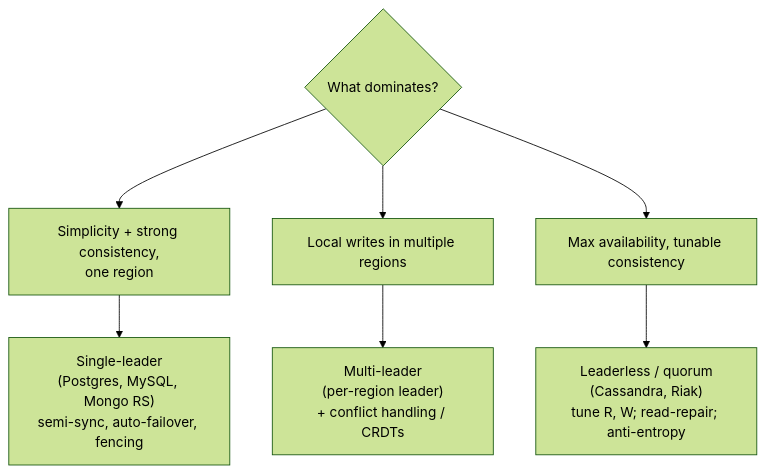
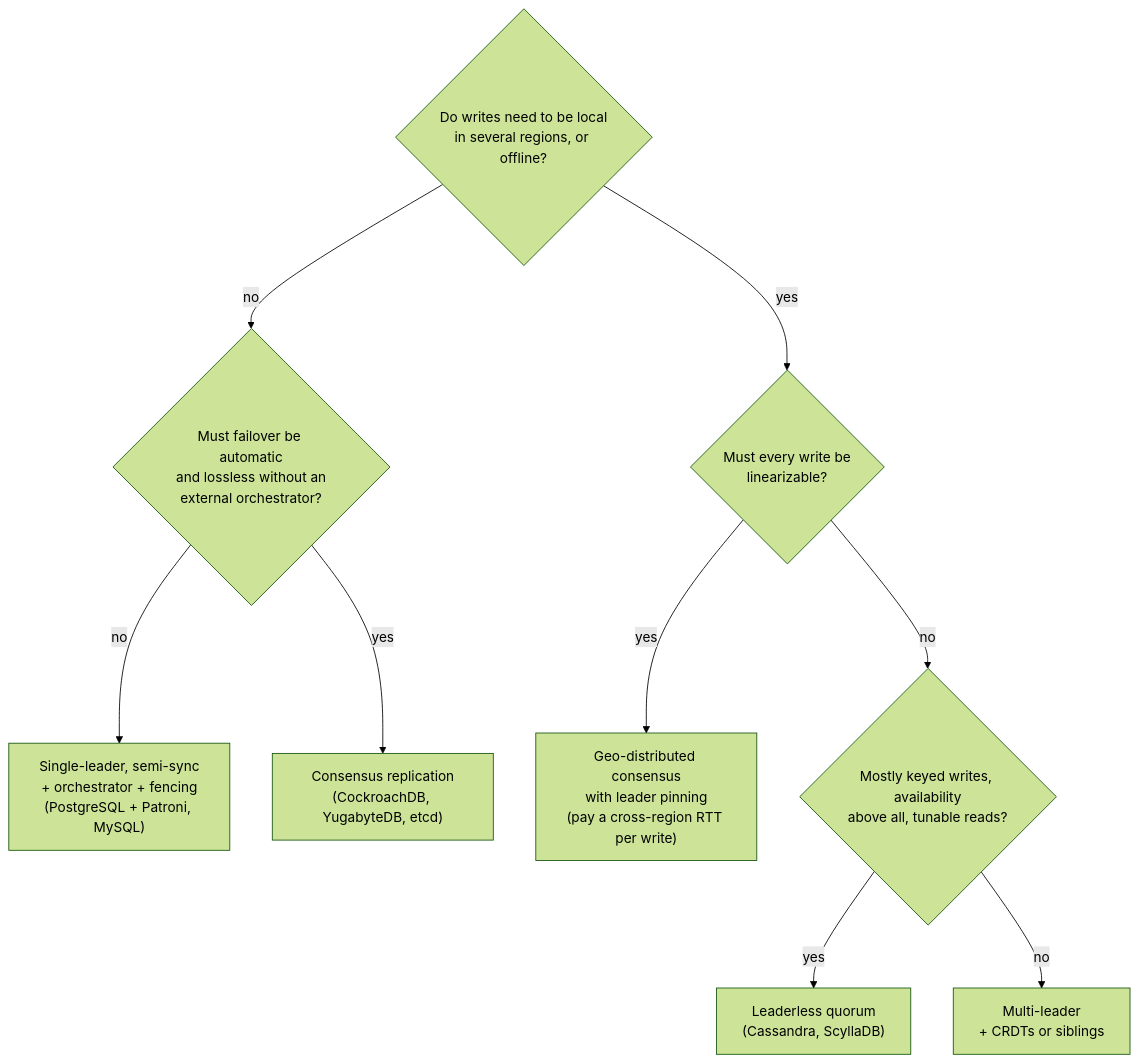
One commit to AndrewAltimit/Documentation changed the ninth of 9 diagrams in github-pages/docs/distributed-systems/replication-strategies.md. Above: the diagram before and after it, drawn with Mermaid (forest theme). The commit also changed other lines of this file and 240 other files, not shown here.

````diff
--- a/github-pages/docs/distributed-systems/replication-strategies.md
+++ b/github-pages/docs/distributed-systems/replication-strategies.md
@@ -502,9 +500,12 @@
 ```mermaid
 flowchart TD
-    Start{What dominates?} --> Single["Simplicity + strong consistency,<br/>one region"]
-    Start --> Geo["Local writes in multiple regions"]
-    Start --> Avail["Max availability, tunable consistency"]
-    Single --> SL["Single-leader<br/>(Postgres, MySQL, Mongo RS)<br/>semi-sync, auto-failover, fencing"]
-    Geo --> ML["Multi-leader<br/>(per-region leader)<br/>+ conflict handling / CRDTs"]
-    Avail --> LL["Leaderless / quorum<br/>(Cassandra, Riak)<br/>tune R, W; read-repair; anti-entropy"]
+    Q1{"Do writes need to be local<br/>in several regions, or offline?"}
+    Q1 -->|no| Q2{"Must failover be automatic<br/>and lossless without an<br/>external orchestrator?"}
+    Q1 -->|yes| Q3{"Must every write be<br/>linearizable?"}
+    Q2 -->|no| SL["Single-leader, semi-sync<br/>+ orchestrator + fencing<br/>(PostgreSQL + Patroni, MySQL)"]
+    Q2 -->|yes| CR["Consensus replication<br/>(CockroachDB, YugabyteDB, etcd)"]
+    Q3 -->|yes| CG["Geo-distributed consensus<br/>with leader pinning<br/>(pay a cross-region RTT per write)"]
+    Q3 -->|no| Q4{"Mostly keyed writes, availability<br/>above all, tunable reads?"}
+    Q4 -->|yes| LL["Leaderless quorum<br/>(Cassandra, ScyllaDB)"]
+    Q4 -->|no| ML["Multi-leader<br/>+ CRDTs or siblings"]
 ```
````
